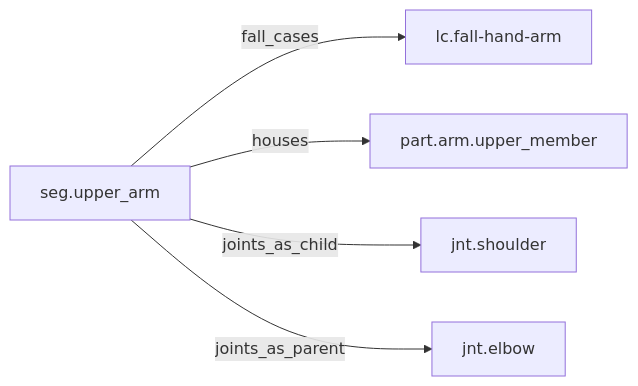
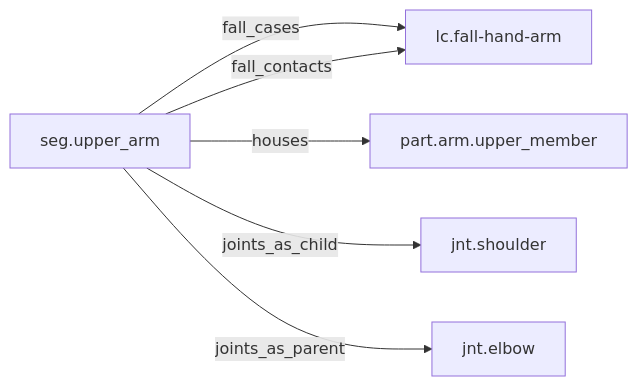
Before and after one commit to JoeCiampa3/freyja: the diagram in thread/dossiers/seg.upper_arm.md, drawn with Mermaid. The commit also changed other lines of this file and 29 other files, not shown here.

````diff
--- a/thread/dossiers/seg.upper_arm.md
+++ b/thread/dossiers/seg.upper_arm.md
@@ -74,12 +75,13 @@
 ```mermaid
 graph LR
   n0["seg.upper_arm"]
   n1["jnt.elbow"]
   n2["jnt.shoulder"]
   n3["lc.fall-hand-arm"]
   n4["part.arm.upper_member"]
   n0 -->|fall_cases| n3
+  n0 -->|fall_contacts| n3
   n0 -->|houses| n4
   n0 -->|joints_as_child| n2
   n0 -->|joints_as_parent| n1
 ```
````
